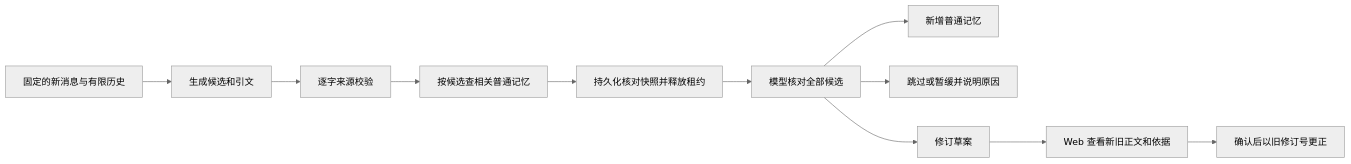
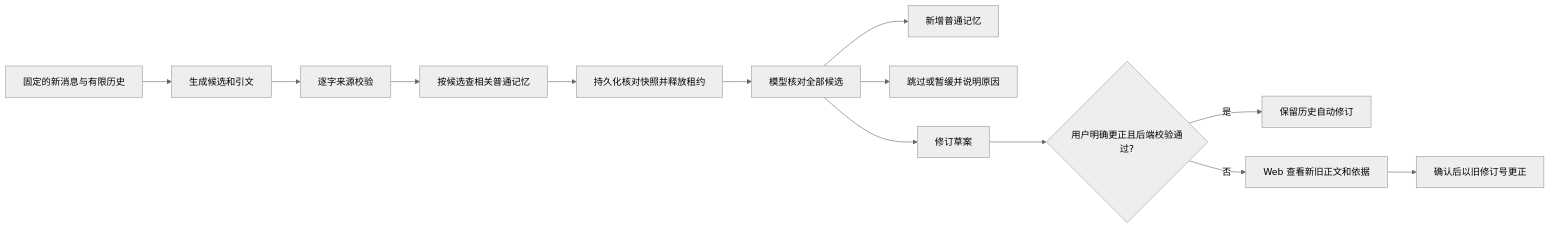
One commit to kirito41dd/chromie changed the second of 2 diagrams in wiki/后台任务.md. Above: the diagram before and after it, drawn with Mermaid (neutral theme). The commit also changed other lines of this file and 68 other files, not shown here.

````diff
--- a/wiki/后台任务.md
+++ b/wiki/后台任务.md
@@ -104,13 +114,15 @@
 ```mermaid
 flowchart LR
   E[固定的新消息与有限历史] --> G[生成候选和引文]
   G --> V[逐字来源校验]
   V --> R[按候选查相关普通记忆]
   R --> P[持久化核对快照并释放租约]
   P --> C[模型核对全部候选]
   C --> N[新增普通记忆]
   C --> S[跳过或暂缓并说明原因]
   C --> D[修订草案]
-  D --> W[Web 查看新旧正文和依据]
-  W --> U[确认后以旧修订号更正]
+  D --> A{用户明确更正且后端校验通过?}
+  A -->|是| U[保留历史自动修订]
+  A -->|否| W[Web 查看新旧正文和依据]
+  W --> M[确认后以旧修订号更正]
 ```
````
